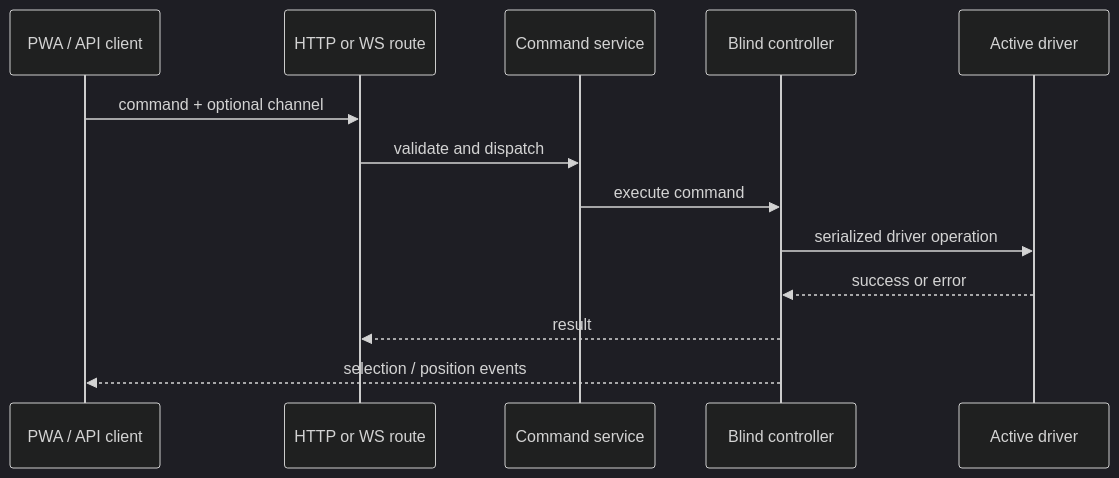
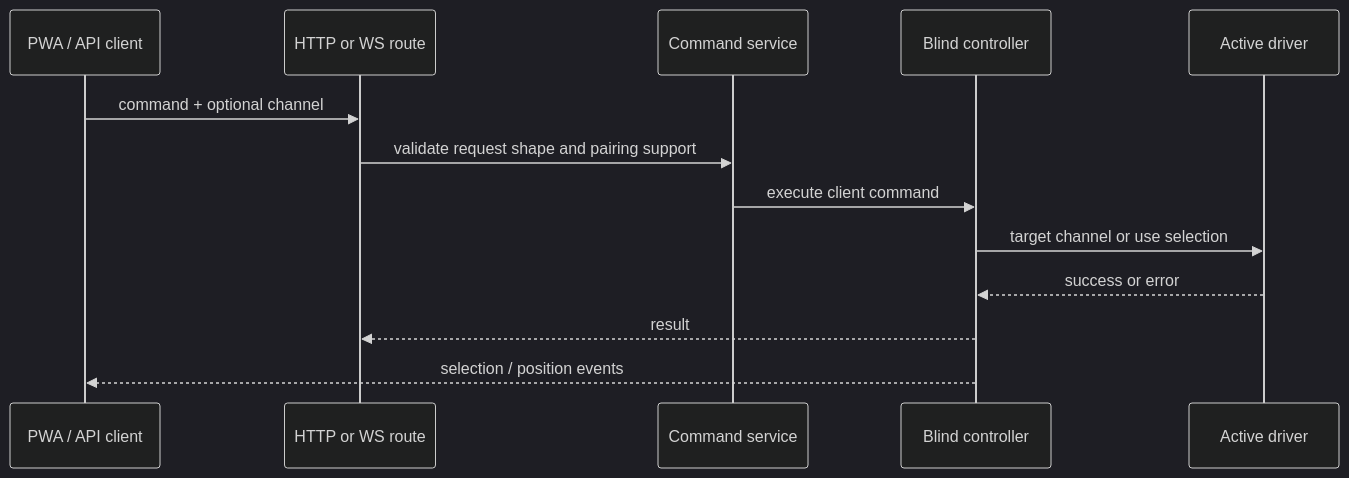
The third of 4 diagrams in docs/ARCHITECTURE.md (melkir/remote-gpio), drawn with Mermaid (dark theme) before and after one commit. The commit also changed other lines of this file and 1 other file, not shown here.

Commit message:
Update README and architecture documentation for clarity on command handling and operation serialization

````diff
--- a/docs/ARCHITECTURE.md
+++ b/docs/ARCHITECTURE.md
@@ -131,16 +131,16 @@
 ```mermaid
 sequenceDiagram
   participant UI as PWA / API client
   participant HTTP as HTTP or WS route
   participant Service as Command service
   participant Controller as Blind controller
   participant Driver as Active driver
 
   UI->>HTTP: command + optional channel
-  HTTP->>Service: validate and dispatch
-  Service->>Controller: execute command
-  Controller->>Driver: serialized driver operation
+  HTTP->>Service: validate request shape and pairing support
+  Service->>Controller: execute client command
+  Controller->>Driver: target channel or use selection
   Driver-->>Controller: success or error
   Controller-->>HTTP: result
   Controller-->>UI: selection / position events
 ```
````
